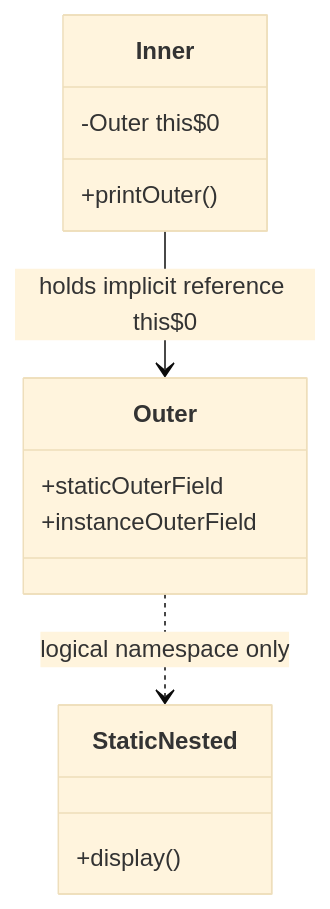
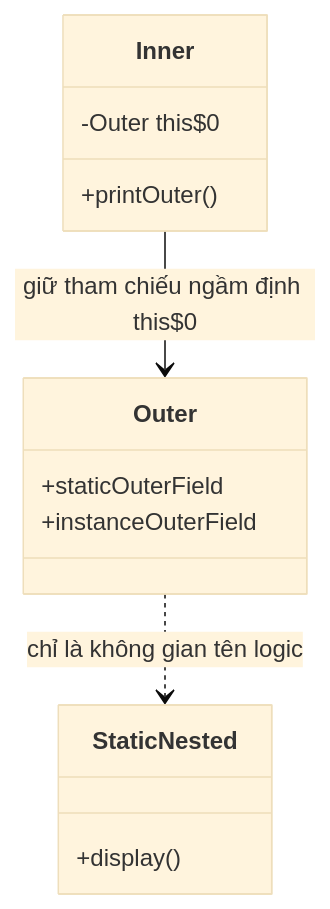
The first of 3 diagrams in vi/15-inner-nested-class/theory/01-nested-class-concepts.md (PhuThien2005/theoretical-of-java-core), drawn with Mermaid (base theme) before and after one commit. The commit also changed other lines of this file and 229 other files, not shown here.

````diff
--- a/vi/15-inner-nested-class/theory/01-nested-class-concepts.md
+++ b/vi/15-inner-nested-class/theory/01-nested-class-concepts.md
@@ -118,16 +120,16 @@
 ```mermaid
 classDiagram
     class Outer {
         +staticOuterField
         +instanceOuterField
     }
     class StaticNested {
         +display()
     }
     class Inner {
         -Outer this$0
         +printOuter()
     }
-    Outer ..> StaticNested : logical namespace only
-    Inner --> Outer : holds implicit reference this$0
+    Outer ..> StaticNested : chỉ là không gian tên logic
+    Inner --> Outer : giữ tham chiếu ngầm định this$0
 ```
````
